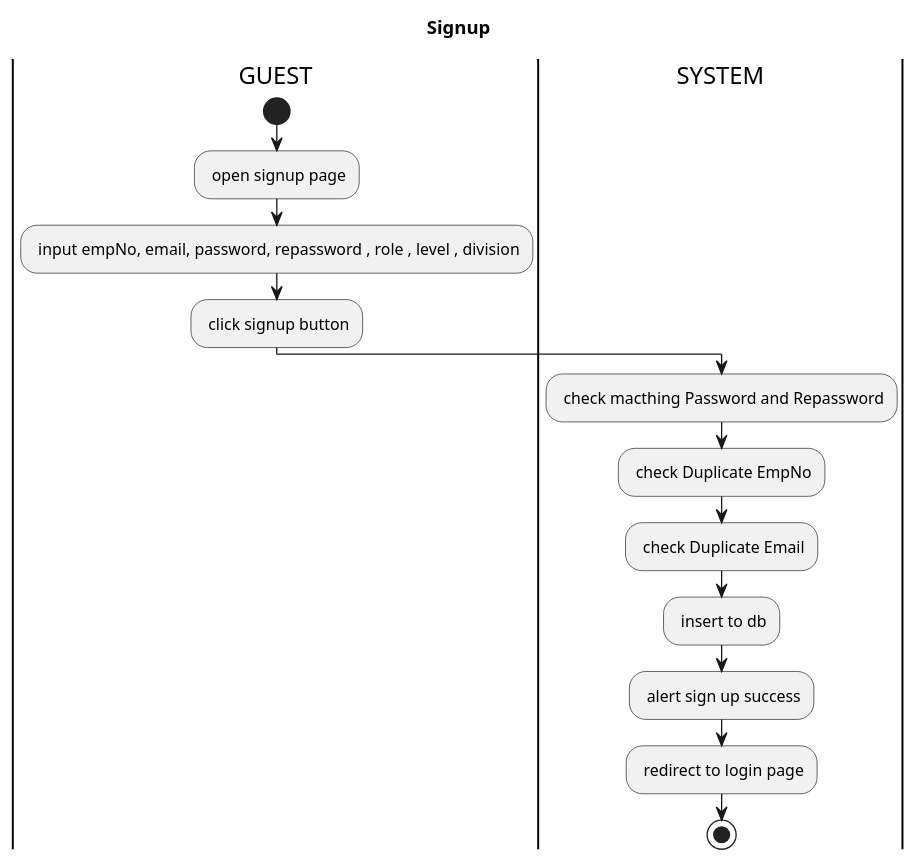
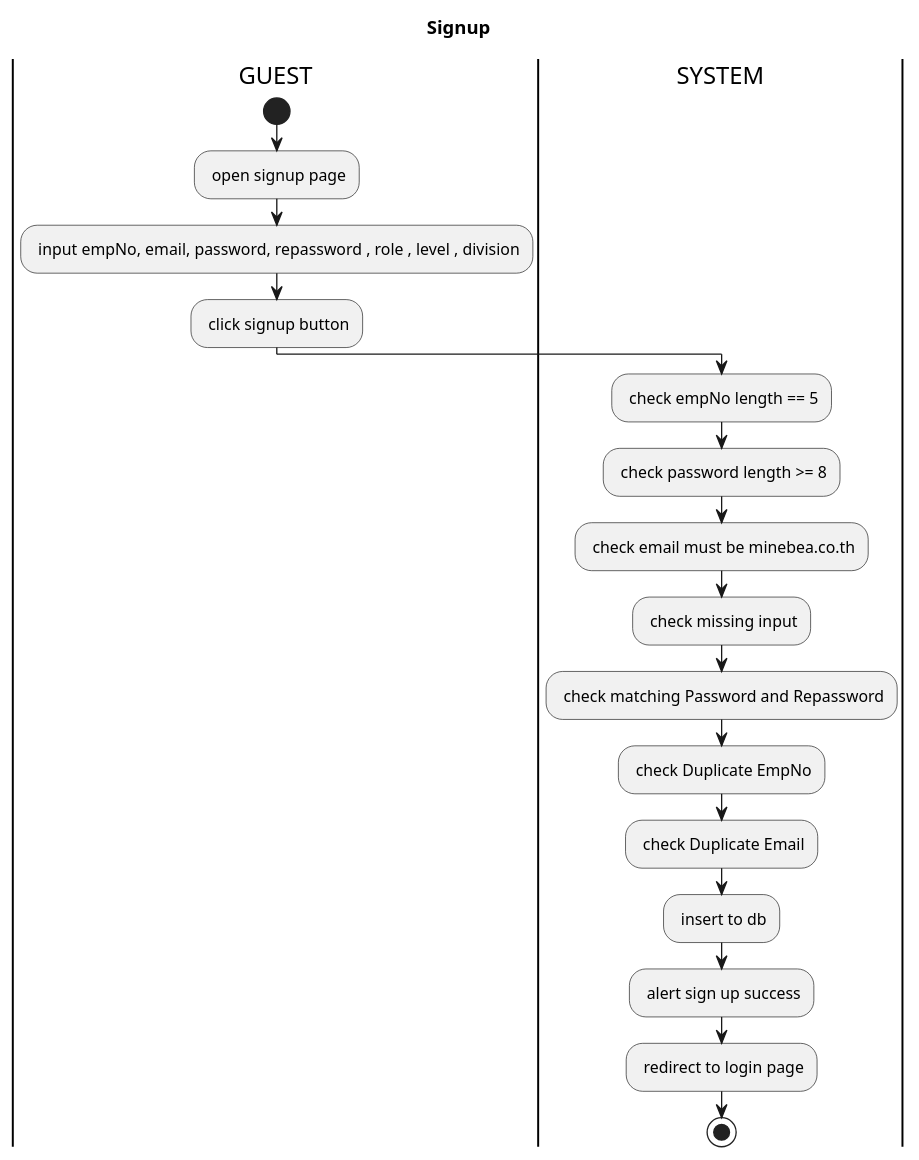
One commit to Suraphop/sample-nodejs-master-folder-structure changed the diagram in diagram/workflow/signup.iuml. Above: the diagram before and after it, drawn with PlantUML.

```diff
--- a/diagram/workflow/signup.iuml
+++ b/diagram/workflow/signup.iuml
@@ -1,18 +1,22 @@
 @startuml
 
 title Signup
 
 |GUEST|
 start
 : open signup page;
 : input empNo, email, password, repassword , role , level , division;
 : click signup button;
 |SYSTEM|
-: check macthing Password and Repassword;
+: check empNo length == 5;
+: check password length >= 8;
+: check email must be minebea.co.th;
+: check missing input;
+: check matching Password and Repassword;
 : check Duplicate EmpNo;
 : check Duplicate Email;
 : insert to db;
 : alert sign up success;
 : redirect to login page;
 stop
 @enduml
```
